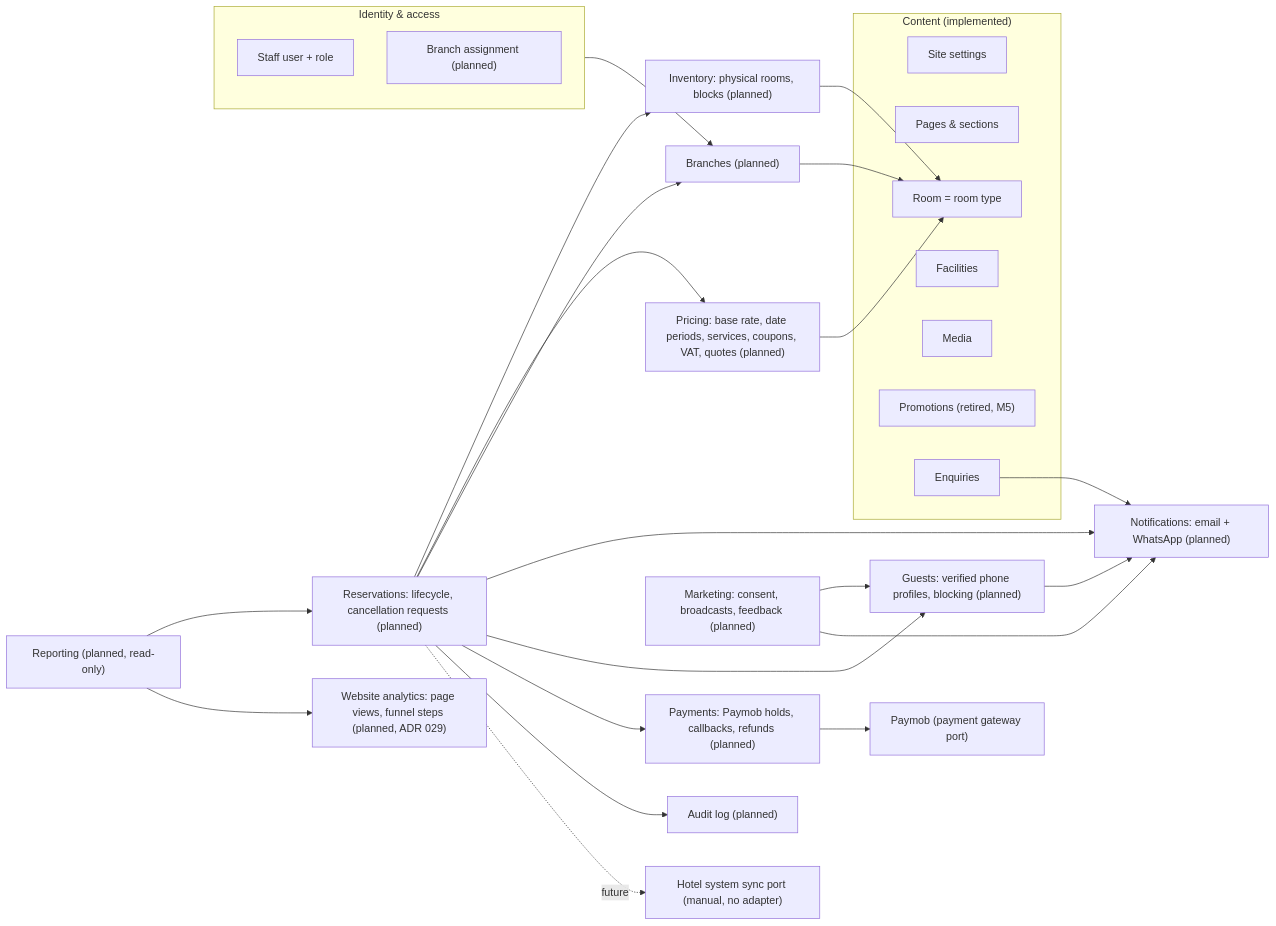
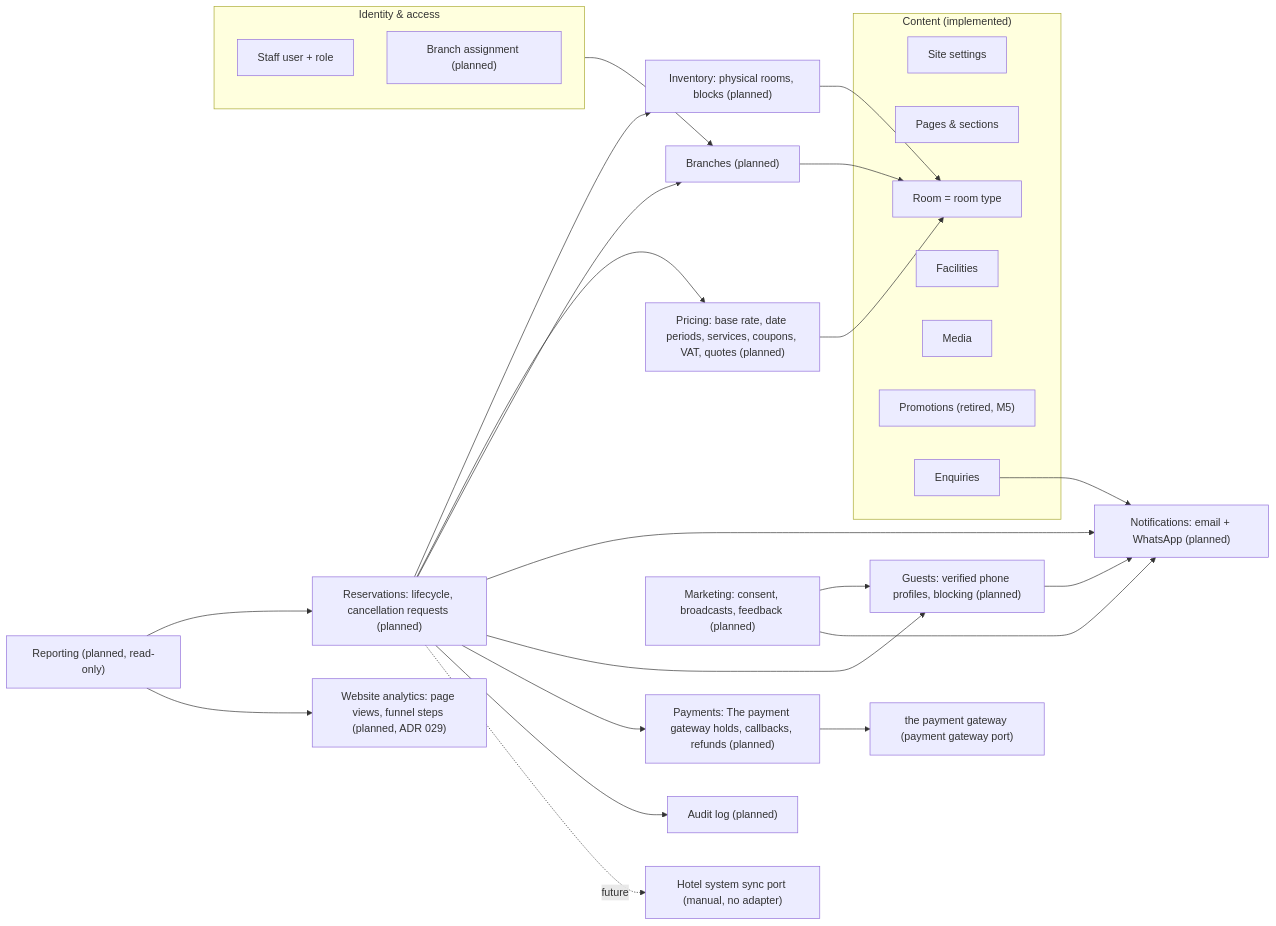
One commit to mohamedmosilhy/Rivana-Residence changed the first of 2 diagrams in docs/domain/domain-model.md. Above: the diagram before and after it, drawn with Mermaid. The commit also changed other lines of this file and 44 other files, not shown here.

````diff
--- a/docs/domain/domain-model.md
+++ b/docs/domain/domain-model.md
@@ -9,49 +9,49 @@
 ```mermaid
 flowchart LR
   subgraph Content["Content (implemented)"]
     Settings["Site settings"]
     Pages["Pages & sections"]
     Room["Room = room type"]
     Facilities
     Media
     Promotions["Promotions (retired, M5)"]
     Enquiries
   end
   subgraph IAM["Identity & access"]
     Staff["Staff user + role"]
     Assign["Branch assignment (planned)"]
   end
   Branches["Branches (planned)"]
   Inventory["Inventory: physical rooms, blocks (planned)"]
   Pricing["Pricing: base rate, date periods, services, coupons, VAT, quotes (planned)"]
   Reservations["Reservations: lifecycle, cancellation requests (planned)"]
-  Payments["Payments: Paymob holds, callbacks, refunds (planned)"]
+  Payments["Payments: The payment gateway holds, callbacks, refunds (planned)"]
   Marketing["Marketing: consent, broadcasts, feedback (planned)"]
   Reporting["Reporting (planned, read-only)"]
   Analytics["Website analytics: page views, funnel steps (planned, ADR 029)"]
   Audit["Audit log (planned)"]
   Guests["Guests: verified phone profiles, blocking (planned)"]
   Notify["Notifications: email + WhatsApp (planned)"]
-  PSP["Paymob (payment gateway port)"]
+  PSP["the payment gateway (payment gateway port)"]
   Payments --> PSP
   PMS["Hotel system sync port (manual, no adapter)"]
 
   Branches --> Room
   Inventory --> Room
   Pricing --> Room
   Reservations --> Inventory
   Reservations --> Pricing
   Reservations --> Branches
   Reservations --> Notify
   Reservations --> Guests
   Reservations --> Payments
   Marketing --> Guests
   Marketing --> Notify
   Guests --> Notify
   Enquiries --> Notify
   Reservations --> Audit
   Reporting --> Reservations
   Reporting --> Analytics
   Reservations -. future .-> PMS
   IAM --> Branches
 ```
````
